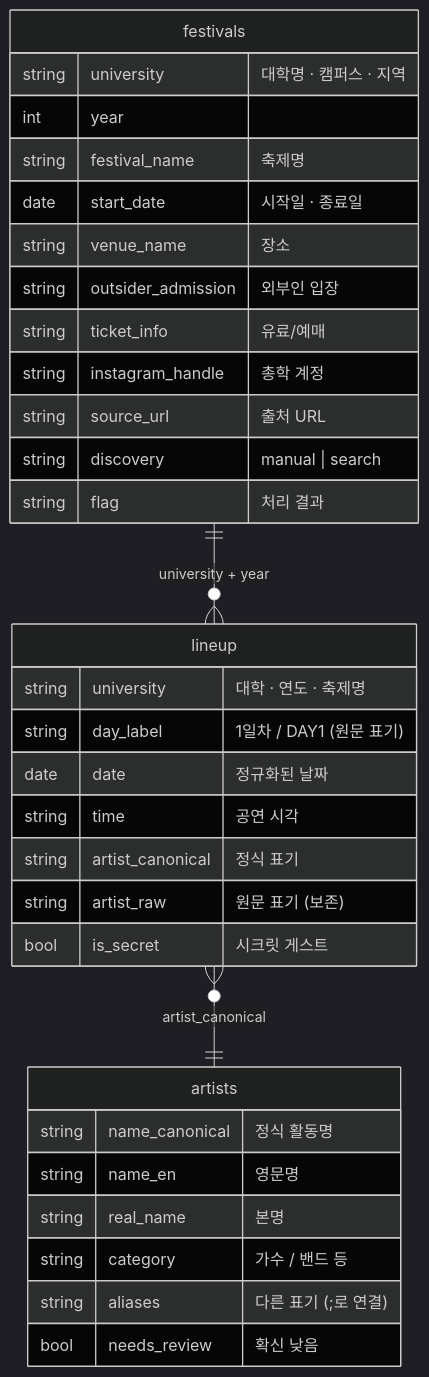
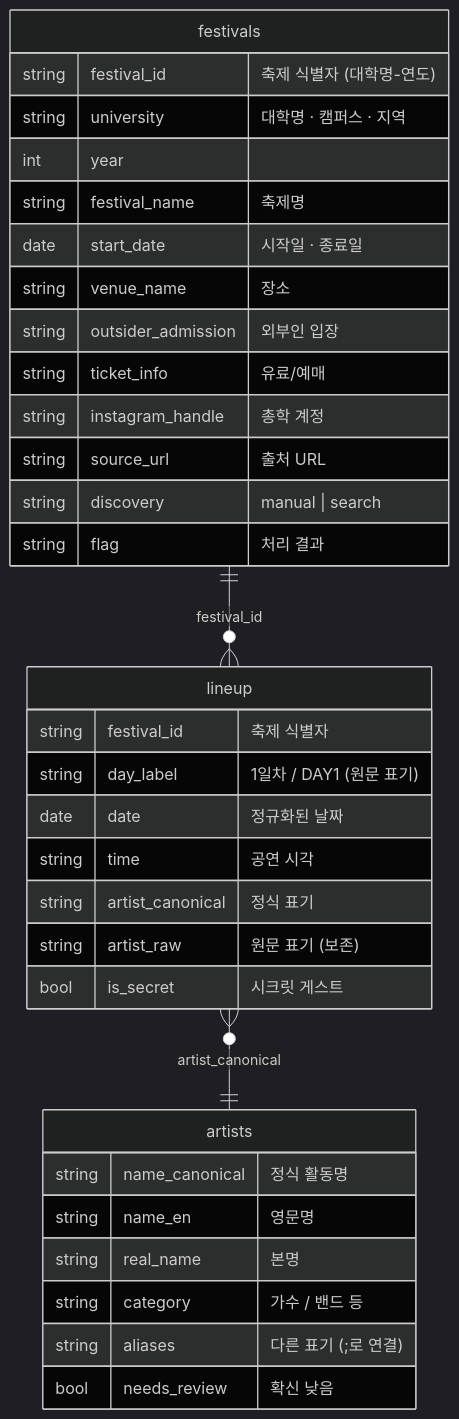
Before and after one commit to greedy-team/festa-crawler: the third of 4 diagrams in README.md, drawn with Mermaid (dark theme). The commit also changed 3 other files, not shown here.

Commit message:
feat : lineup 조인 키를 festival_id로 정정 #9

````diff
--- a/README.md
+++ b/README.md
@@ -59,36 +59,37 @@
 ```mermaid
 erDiagram
-    festivals ||--o{ lineup : "university + year"
+    festivals ||--o{ lineup : "festival_id"
     lineup }o--|| artists : "artist_canonical"
 
     festivals {
+        string festival_id "축제 식별자 (대학명-연도)"
         string university "대학명 · 캠퍼스 · 지역"
         int year
         string festival_name "축제명"
         date start_date "시작일 · 종료일"
         string venue_name "장소"
         string outsider_admission "외부인 입장"
         string ticket_info "유료/예매"
         string instagram_handle "총학 계정"
         string source_url "출처 URL"
         string discovery "manual | search"
         string flag "처리 결과"
     }
     lineup {
-        string university "대학 · 연도 · 축제명"
+        string festival_id "축제 식별자"
         string day_label "1일차 / DAY1 (원문 표기)"
         date date "정규화된 날짜"
         string time "공연 시각"
         string artist_canonical "정식 표기"
         string artist_raw "원문 표기 (보존)"
         bool is_secret "시크릿 게스트"
     }
     artists {
         string name_canonical "정식 활동명"
         string name_en "영문명"
         string real_name "본명"
         string category "가수 / 밴드 등"
         string aliases "다른 표기 (;로 연결)"
         bool needs_review "확신 낮음"
     }
 ```
````
